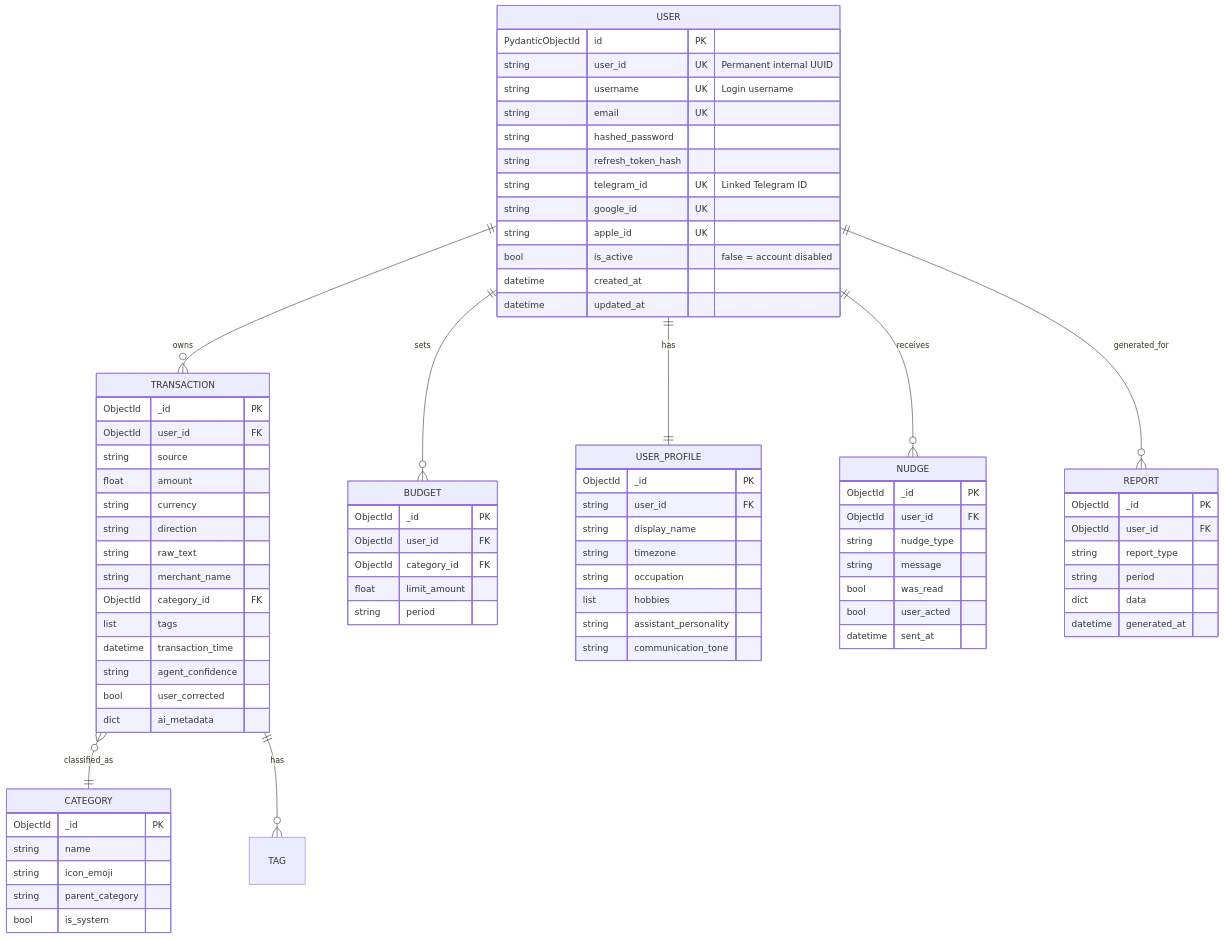
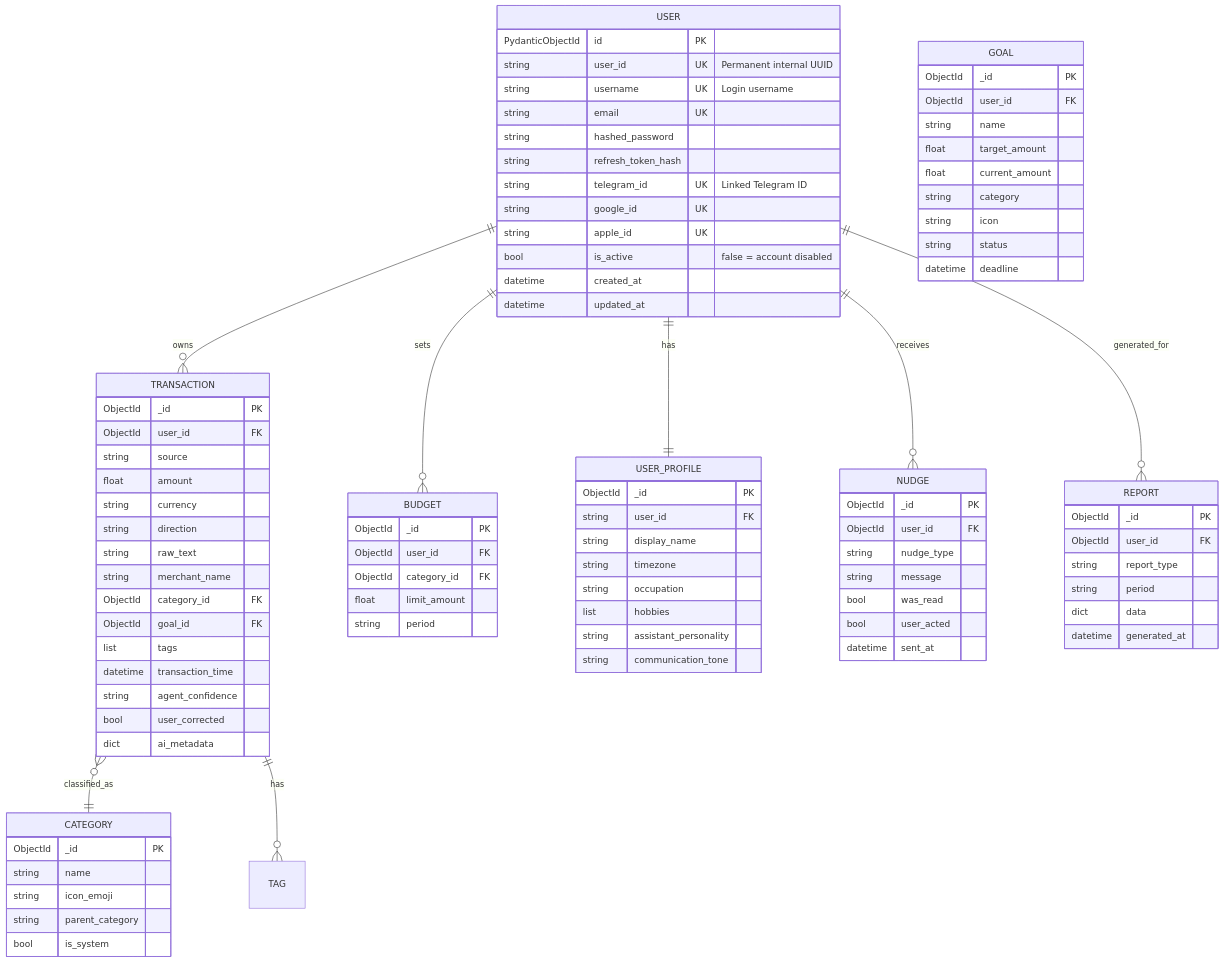
One commit to nqhuy44/chiwi changed the diagram in docs/DATABASE.md. Above: the diagram before and after it, drawn with Mermaid. The commit also changed other lines of this file and 14 other files, not shown here.

Commit message:
enhance goals schema

```diff
--- a/docs/DATABASE.md
+++ b/docs/DATABASE.md
@@ -52,11 +52,24 @@
         string raw_text
         string merchant_name
         ObjectId category_id FK
+        ObjectId goal_id FK
         list tags
         datetime transaction_time
         string agent_confidence
         bool user_corrected
         dict ai_metadata
+    }
+    
+    GOAL {
+        ObjectId _id PK
+        ObjectId user_id FK
+        string name
+        float target_amount
+        float current_amount
+        string category
+        string icon
+        string status
+        datetime deadline
     }
 
     CATEGORY {
```
